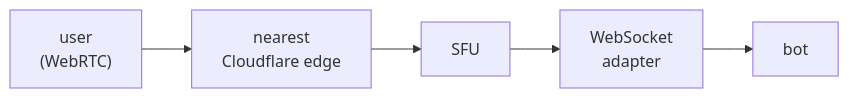
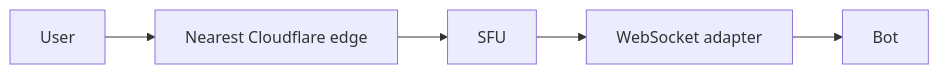
The second of 2 diagrams in src/content/projects/pipecat-and-cloudflare.md (RohanAntony/rohanantony.github.io), drawn with Mermaid before and after one commit. The commit also changed other lines of this file, not shown here.

Commit message:
mermaid diagram fix

```diff
--- a/src/content/projects/pipecat-and-cloudflare.md
+++ b/src/content/projects/pipecat-and-cloudflare.md
@@ -137,7 +137,7 @@
 <div class="mermaid">
 flowchart LR
-    User["user<br/>(WebRTC)"] --> Edge["nearest<br/>Cloudflare edge"]
+    User["User"] --> Edge["Nearest Cloudflare edge"]
     Edge --> SFU["SFU"]
-    SFU --> Adapter["WebSocket<br/>adapter"]
-    Adapter --> Bot["bot"]
+    SFU --> Adapter["WebSocket adapter"]
+    Adapter --> Bot["Bot"]
 </div>
```
